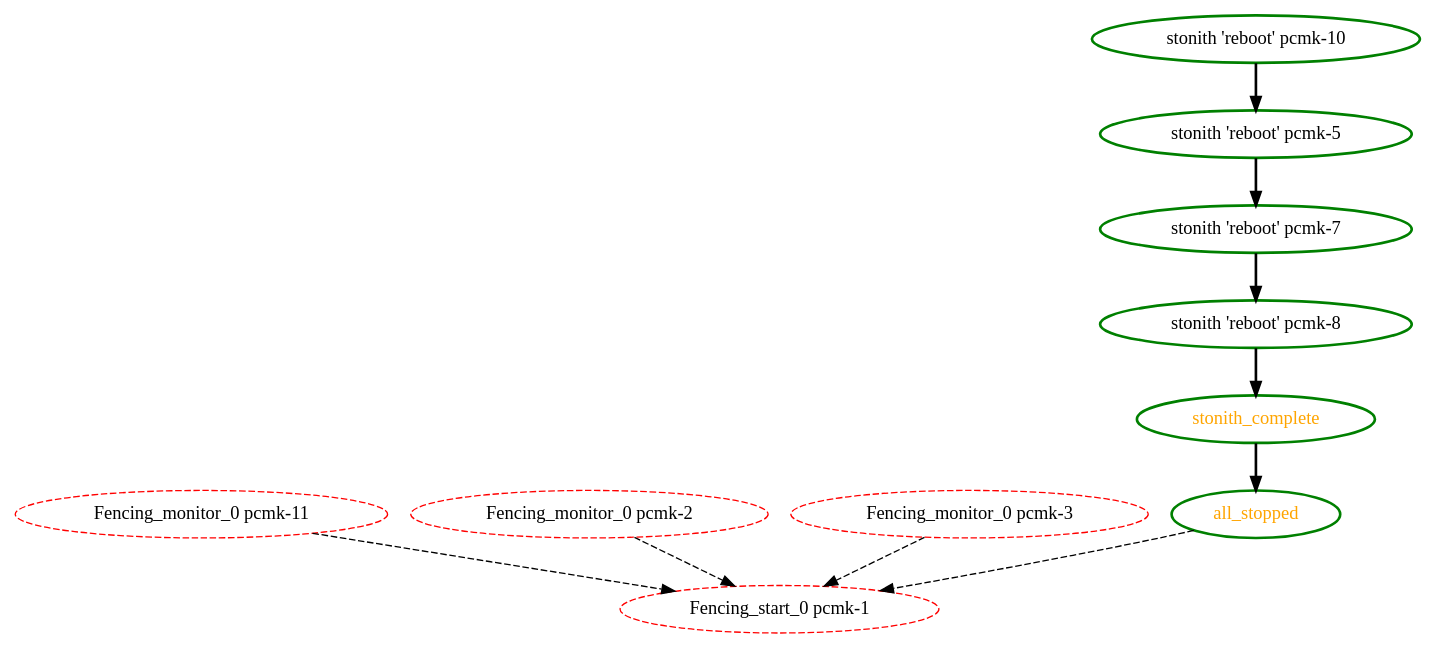
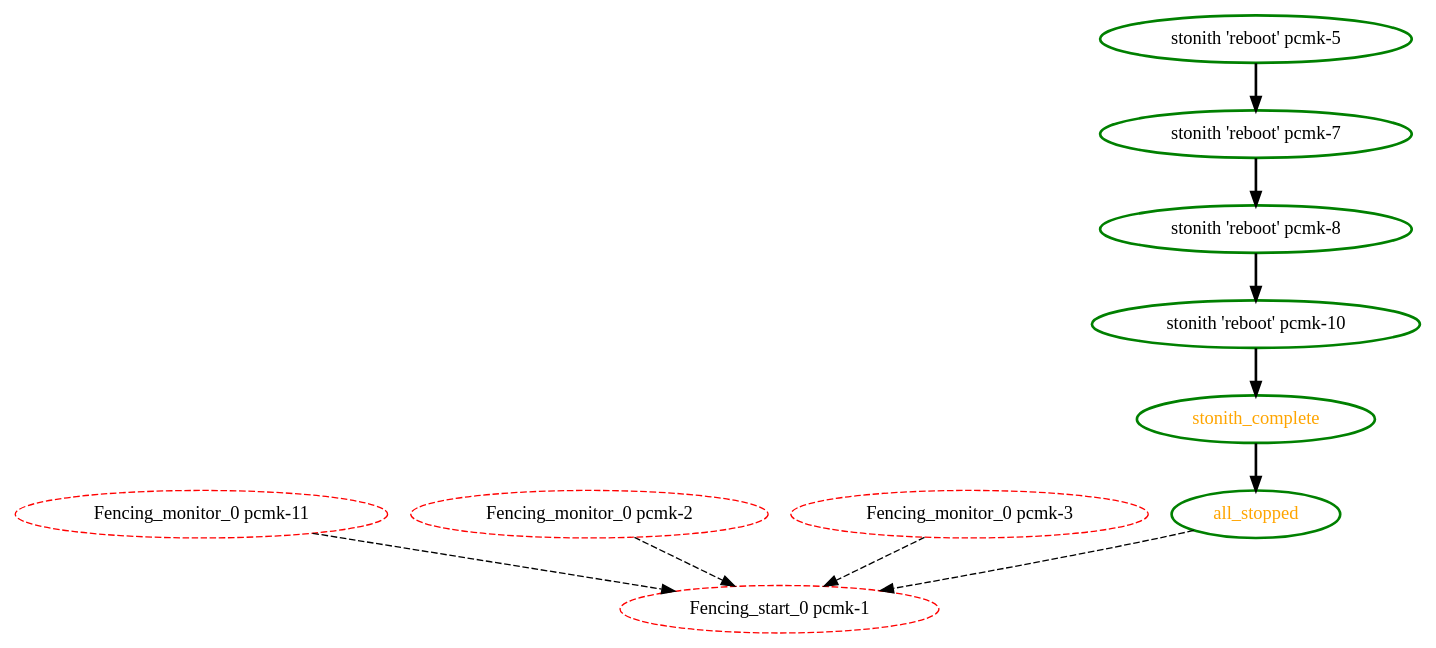
One commit to ClusterLabs/pacemaker changed the diagram in cts/scheduler/stonith-4.dot. Above: the diagram before and after it, drawn with Graphviz. The commit also changed 4 other files, not shown here.

```diff
--- a/cts/scheduler/stonith-4.dot
+++ b/cts/scheduler/stonith-4.dot
@@ -1,21 +1,21 @@
 digraph "g" {
 "Fencing_monitor_0 pcmk-11" -> "Fencing_start_0 pcmk-1" [ style = dashed]
 "Fencing_monitor_0 pcmk-11" [ style=dashed color="red" fontcolor="black"]
 "Fencing_monitor_0 pcmk-2" -> "Fencing_start_0 pcmk-1" [ style = dashed]
 "Fencing_monitor_0 pcmk-2" [ style=dashed color="red" fontcolor="black"]
 "Fencing_monitor_0 pcmk-3" -> "Fencing_start_0 pcmk-1" [ style = dashed]
 "Fencing_monitor_0 pcmk-3" [ style=dashed color="red" fontcolor="black"]
 "Fencing_start_0 pcmk-1" [ style=dashed color="red" fontcolor="black"]
 "all_stopped" -> "Fencing_start_0 pcmk-1" [ style = dashed]
 "all_stopped" [ style=bold color="green" fontcolor="orange"]
-"stonith 'reboot' pcmk-10" -> "stonith 'reboot' pcmk-5" [ style = bold]
+"stonith 'reboot' pcmk-10" -> "stonith_complete" [ style = bold]
 "stonith 'reboot' pcmk-10" [ style=bold color="green" fontcolor="black"]
 "stonith 'reboot' pcmk-5" -> "stonith 'reboot' pcmk-7" [ style = bold]
 "stonith 'reboot' pcmk-5" [ style=bold color="green" fontcolor="black"]
 "stonith 'reboot' pcmk-7" -> "stonith 'reboot' pcmk-8" [ style = bold]
 "stonith 'reboot' pcmk-7" [ style=bold color="green" fontcolor="black"]
-"stonith 'reboot' pcmk-8" -> "stonith_complete" [ style = bold]
+"stonith 'reboot' pcmk-8" -> "stonith 'reboot' pcmk-10" [ style = bold]
 "stonith 'reboot' pcmk-8" [ style=bold color="green" fontcolor="black"]
 "stonith_complete" -> "all_stopped" [ style = bold]
 "stonith_complete" [ style=bold color="green" fontcolor="orange"]
 }
```
